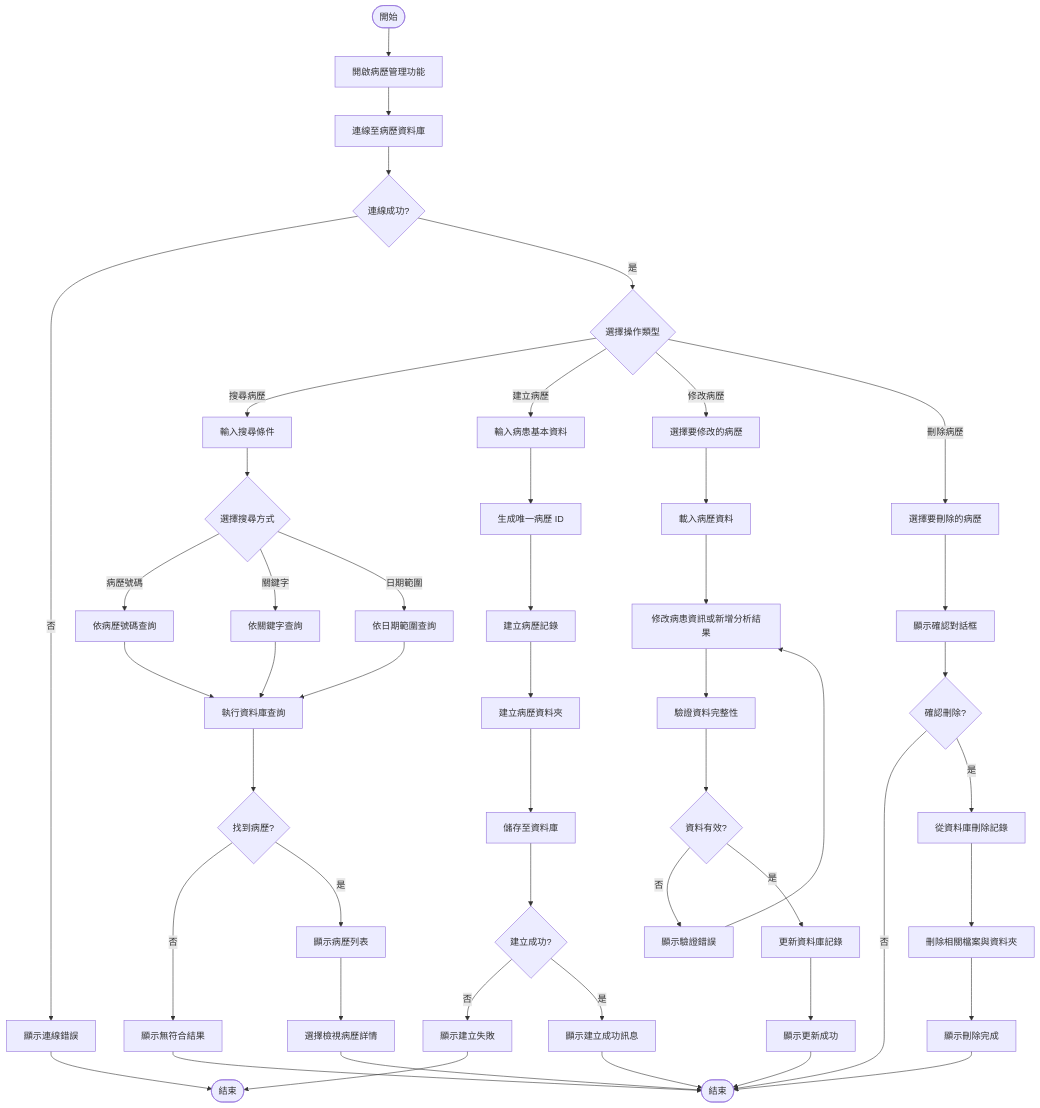
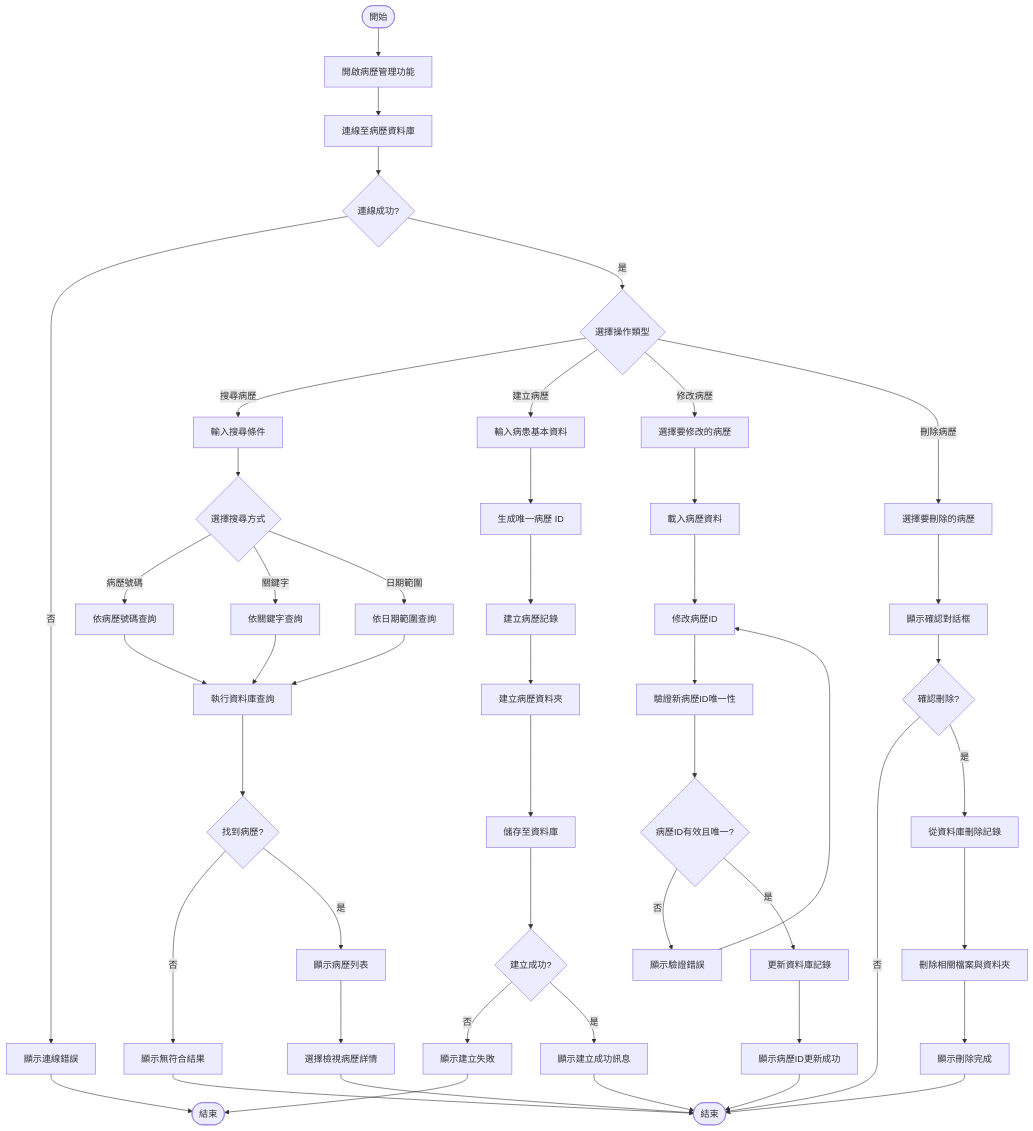
Before and after one commit to Zero-cloud112/project: the ninth of 9 diagrams in hw5.md, drawn with Mermaid. The commit also changed other lines of this file, not shown here.

````diff
--- a/hw5.md
+++ b/hw5.md
@@ -644,56 +645,56 @@
 ```mermaid
 flowchart TD
     Start([開始]) --> A[開啟病歷管理功能]
     A --> B[連線至病歷資料庫]
     B --> C{連線成功?}
     C -->|否| D[顯示連線錯誤]
     D --> End1([結束])
     
     C -->|是| E{選擇操作類型}
     
     E -->|搜尋病歷| F[輸入搜尋條件]
     F --> G{選擇搜尋方式}
     G -->|病歷號碼| H[依病歷號碼查詢]
     G -->|關鍵字| I[依關鍵字查詢]
     G -->|日期範圍| J[依日期範圍查詢]
     H --> K[執行資料庫查詢]
     I --> K
     J --> K
     K --> L{找到病歷?}
     L -->|否| M[顯示無符合結果]
     M --> End2([結束])
     L -->|是| N[顯示病歷列表]
     N --> O[選擇檢視病歷詳情]
     O --> End2
     
     E -->|建立病歷| P[輸入病患基本資料]
     P --> Q[生成唯一病歷 ID]
     Q --> R[建立病歷記錄]
     R --> S[建立病歷資料夾]
     S --> T[儲存至資料庫]
     T --> U{建立成功?}
     U -->|否| V[顯示建立失敗]
     V --> End1
     U -->|是| W[顯示建立成功訊息]
     W --> End2
     
     E -->|修改病歷| X[選擇要修改的病歷]
     X --> Y[載入病歷資料]
-    Y --> Z[修改病患資訊或新增分析結果]
-    Z --> AA[驗證資料完整性]
-    AA --> AB{資料有效?}
+    Y --> Z[修改病歷ID]
+    Z --> AA[驗證新病歷ID唯一性]
+    AA --> AB{病歷ID有效且唯一?}
     AB -->|否| AC[顯示驗證錯誤]
     AC --> Z
     AB -->|是| AD[更新資料庫記錄]
-    AD --> AE[顯示更新成功]
+    AD --> AE[顯示病歷ID更新成功]
     AE --> End2
     
     E -->|刪除病歷| AF[選擇要刪除的病歷]
     AF --> AG[顯示確認對話框]
     AG --> AH{確認刪除?}
     AH -->|否| End2
     AH -->|是| AI[從資料庫刪除記錄]
     AI --> AJ[刪除相關檔案與資料夾]
     AJ --> AK[顯示刪除完成]
     AK --> End2
 ```
````
